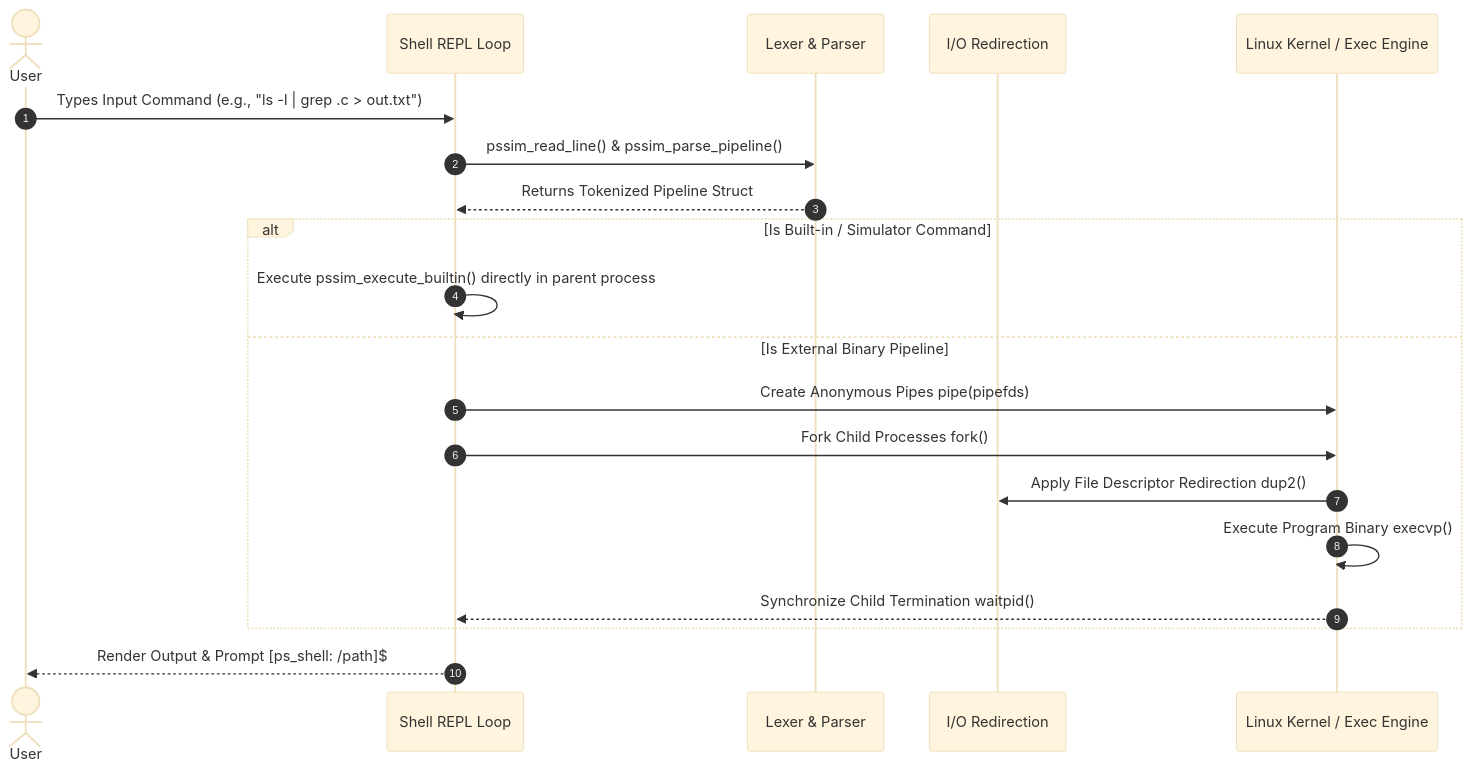
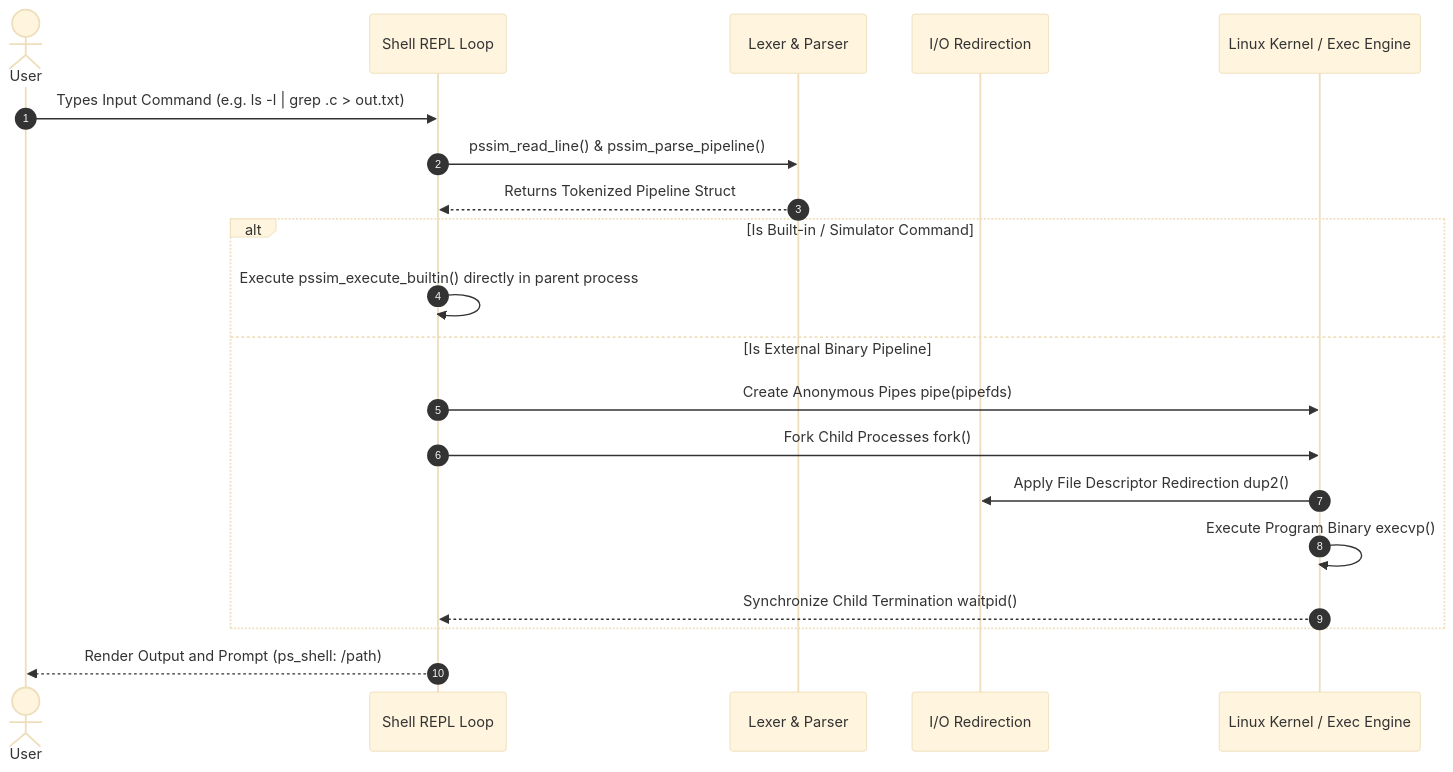
One commit to bandadheeraj-cell/OSSP---process-scheduling-simulator- changed the second of 5 diagrams in README.md. Above: the diagram before and after it, drawn with Mermaid (base theme). The commit also changed other lines of this file, not shown here.

Commit message:
Fix Mermaid diagram syntax and add README image insertion guidelines

````diff
--- a/README.md
+++ b/README.md
@@ -102,23 +102,23 @@
 ```mermaid
 sequenceDiagram
     autonumber
     actor User
     participant REPL as Shell REPL Loop
     participant Parser as Lexer & Parser
     participant Redirect as I/O Redirection
     participant OS as Linux Kernel / Exec Engine
     
-    User->>REPL: Types Input Command (e.g., "ls -l | grep .c > out.txt")
+    User->>REPL: Types Input Command (e.g. ls -l | grep .c > out.txt)
     REPL->>Parser: pssim_read_line() & pssim_parse_pipeline()
     Parser-->>REPL: Returns Tokenized Pipeline Struct
     alt Is Built-in / Simulator Command
         REPL->>REPL: Execute pssim_execute_builtin() directly in parent process
     else Is External Binary Pipeline
         REPL->>OS: Create Anonymous Pipes pipe(pipefds)
         REPL->>OS: Fork Child Processes fork()
         OS->>Redirect: Apply File Descriptor Redirection dup2()
         OS->>OS: Execute Program Binary execvp()
         OS-->>REPL: Synchronize Child Termination waitpid()
     end
-    REPL-->>User: Render Output & Prompt [ps_shell: /path]$
+    REPL-->>User: Render Output and Prompt (ps_shell: /path)
 ```
````
